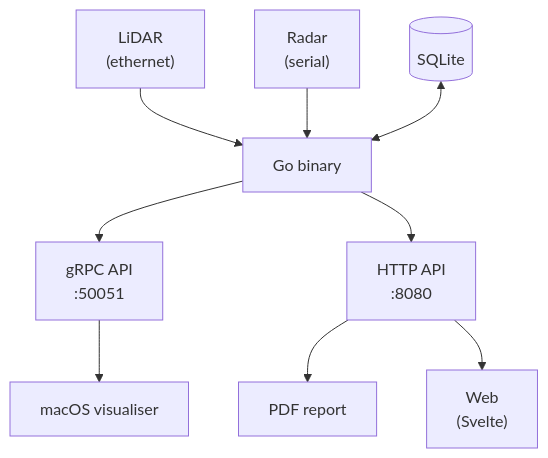
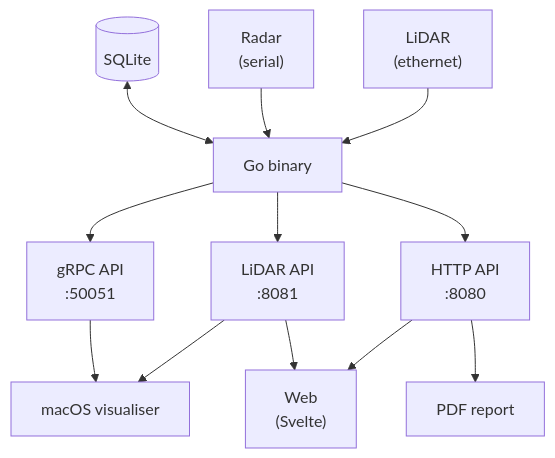
One commit to banshee-data/velocity.report changed the diagram in CLAUDE.md. Above: the diagram before and after it, drawn with Mermaid.

Commit message:
[ai] refactor flowchart in CLAUDE.md to improve clarity and structure of API interactions

````diff
--- a/CLAUDE.md
+++ b/CLAUDE.md
@@ -94,18 +94,21 @@
 ```mermaid
 flowchart TB
 	Radar["Radar <br> (serial)"]
 	Lidar["LiDAR <br> (ethernet)"]
+	GRPC[gRPC API <br> :50051]
+	GRPC --> Vis[macOS visualiser]
+	LiDAR_API[LiDAR API <br> :8081]
 	API[HTTP API <br> :8080]
-	GRPC[gRPC API <br> :50051]
+	LiDAR_API --> Vis
+	LiDAR_API --> Web
+	API --> Web["Web <br> (Svelte)"]
 	API --> PDF[PDF report]
-	API --> Web["Web <br> (Svelte)"]
-	GRPC --> Vis[macOS visualiser]
+	Go --> LiDAR_API
+	Go --> API
+	Go --> GRPC
 	Go["Go binary"]
-	Go --> GRPC
-	Go --> API
-	Go
+	DB <--> Go
+	DB[("SQLite")]
+	Radar --> Go
 	Lidar --> Go
-	Radar --> Go
-	DB[("SQLite")]
-	DB <--> Go
 ```
````
